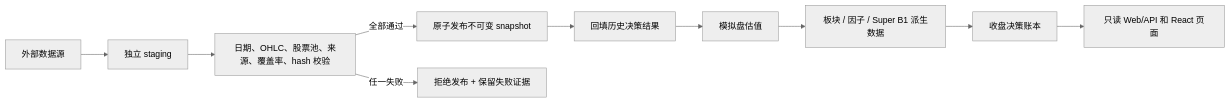
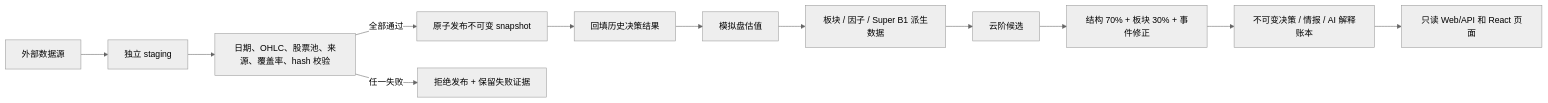
Before and after one commit to garyzheng0714-lang/a-share-quant-selector: the diagram in docs/data-pipeline.md, drawn with Mermaid (neutral theme). The commit also changed other lines of this file and 13 other files, not shown here.

````diff
--- a/docs/data-pipeline.md
+++ b/docs/data-pipeline.md
@@ -34,12 +36,14 @@
 ```mermaid
 flowchart LR
     A["外部数据源"] --> B["独立 staging"]
     B --> C["日期、OHLC、股票池、来源、覆盖率、hash 校验"]
     C -->|"全部通过"| D["原子发布不可变 snapshot"]
     C -->|"任一失败"| E["拒绝发布 + 保留失败证据"]
     D --> F["回填历史决策结果"]
     F --> G["模拟盘估值"]
     G --> H["板块 / 因子 / Super B1 派生数据"]
-    H --> I["收盘决策账本"]
-    I --> J["只读 Web/API 和 React 页面"]
+    H --> I["云阶候选"]
+    I --> K["结构 70% + 板块 30% + 事件修正"]
+    K --> L["不可变决策 / 情报 / AI 解释账本"]
+    L --> J["只读 Web/API 和 React 页面"]
 ```
````
